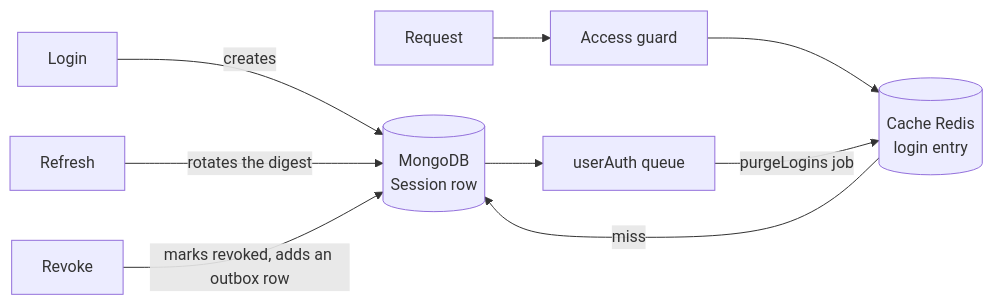
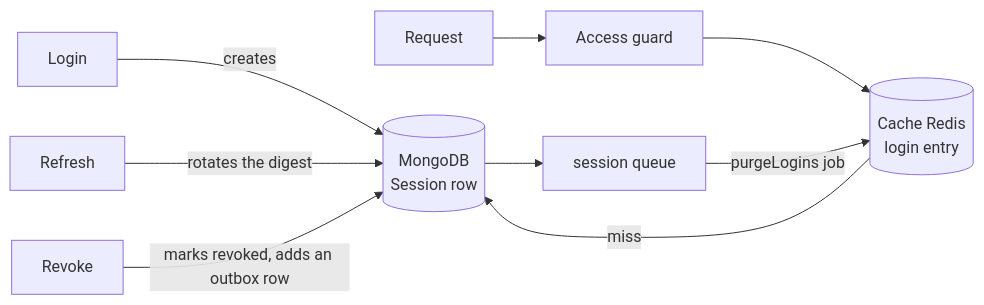
Before and after one commit to andrechristikan/ack-nestjs-boilerplate: the diagram in docs/concepts/session.md, drawn with Mermaid. The commit also changed other lines of this file and 348 other files, not shown here.

````diff
--- a/docs/concepts/session.md
+++ b/docs/concepts/session.md
@@ -32,11 +32,11 @@
 ```mermaid
 flowchart LR
     LG["Login"] -->|creates| DB[("MongoDB<br/>Session row")]
     RQ["Request"] --> GD["Access guard"]
     GD --> CE[("Cache Redis<br/>login entry")]
     CE -->|miss| DB
     RF["Refresh"] -->|rotates the digest| DB
     RV["Revoke"] -->|marks revoked, adds an outbox row| DB
-    DB --> QU["userAuth queue"]
+    DB --> QU["session queue"]
     QU -->|purgeLogins job| CE
 ```
````
